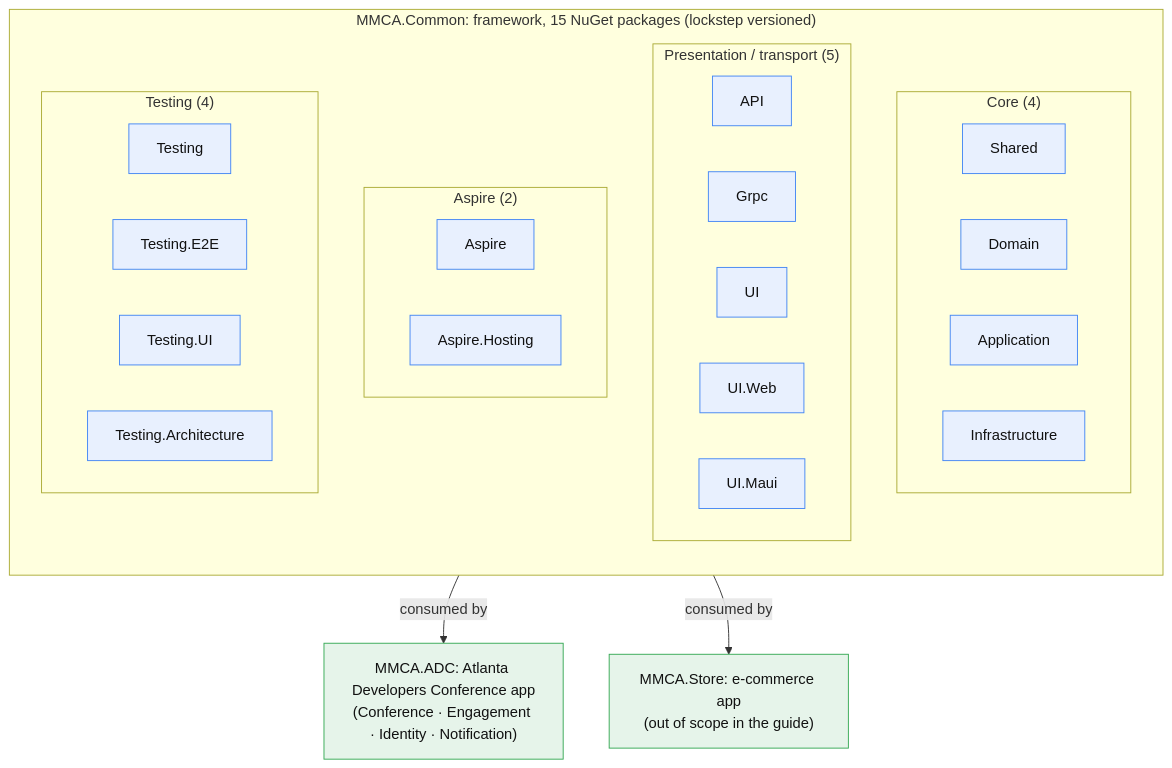
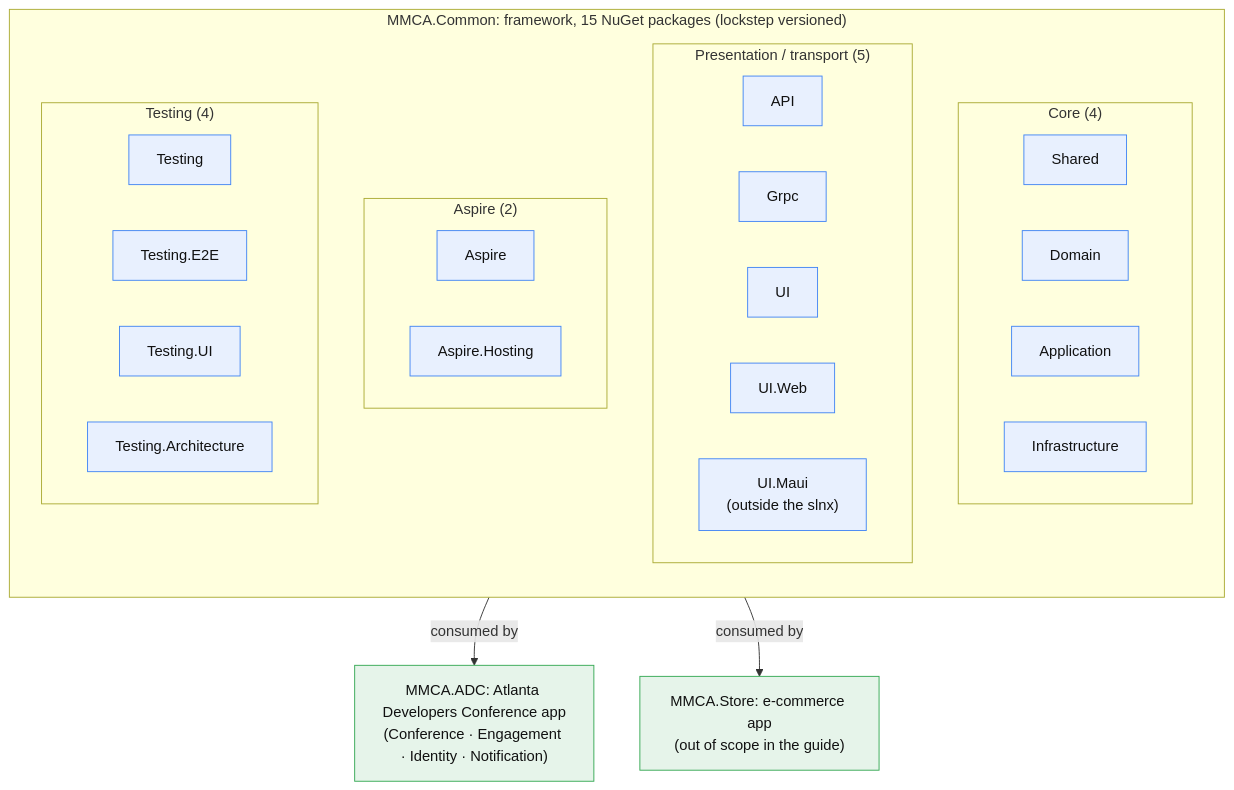
The first of 15 diagrams in docs-src/onboarding/CONCEPT-MAPS.md (ivanball/ivanball.github.io), drawn with Mermaid before and after one commit. The commit also changed other lines of this file and 15 other files, not shown here.

````diff
--- a/docs-src/onboarding/CONCEPT-MAPS.md
+++ b/docs-src/onboarding/CONCEPT-MAPS.md
@@ -20,40 +23,40 @@
 ```mermaid
 flowchart TD
     subgraph COMMON["MMCA.Common: framework, 15 NuGet packages (lockstep versioned)"]
         direction TB
         subgraph CORE["Core (4)"]
             SH["Shared"]
             DOM["Domain"]
             APP["Application"]
             INF["Infrastructure"]
         end
         subgraph PRES["Presentation / transport (5)"]
             API["API"]
             GRPC["Grpc"]
             UI["UI"]
             UIW["UI.Web"]
-            UIM["UI.Maui"]
+            UIM["UI.Maui<br/>(outside the slnx)"]
         end
         subgraph ASP["Aspire (2)"]
             ASPIRE["Aspire"]
             ASPH["Aspire.Hosting"]
         end
         subgraph TEST["Testing (4)"]
             T1["Testing"]
             T2["Testing.E2E"]
             T3["Testing.UI"]
             T4["Testing.Architecture"]
         end
     end
 
     ADC["MMCA.ADC: Atlanta Developers Conference app<br/>(Conference · Engagement · Identity · Notification)"]
     STORE["MMCA.Store: e-commerce app<br/>(out of scope in the guide)"]
 
     COMMON -->|"consumed by"| ADC
     COMMON -->|"consumed by"| STORE
 
     classDef fw fill:#e8f0fe,stroke:#4285f4,color:#111
     classDef con fill:#e6f4ea,stroke:#34a853,color:#111
     class SH,DOM,APP,INF,API,GRPC,UI,UIW,UIM,ASPIRE,ASPH,T1,T2,T3,T4 fw
     class ADC,STORE con
 ```
````
